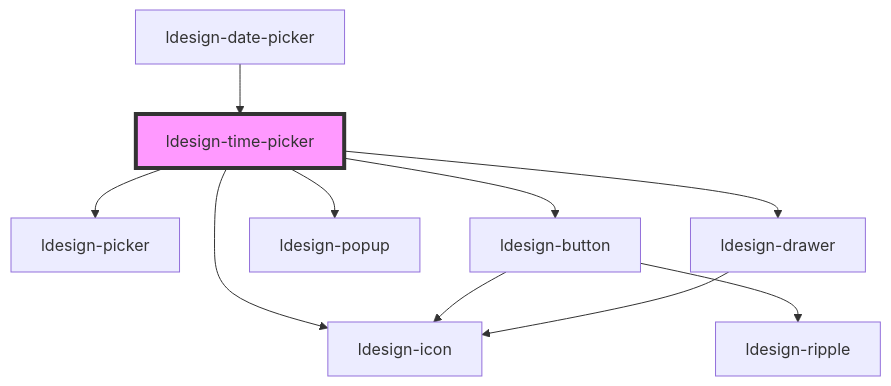
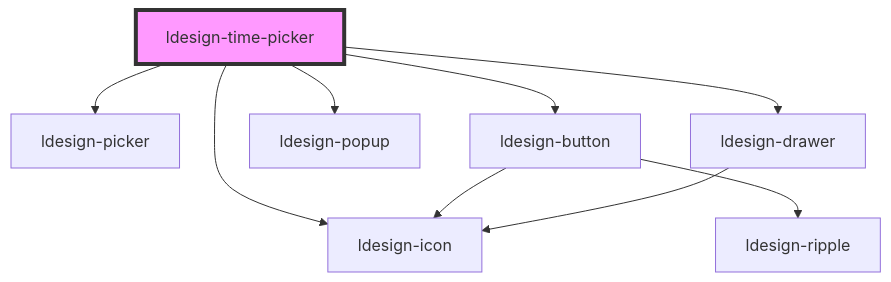
The diagram in packages/webcomponent/src/components/time-picker/readme.md (poly1603/ldesign), drawn with Mermaid before and after one commit. The commit also changed other lines of this file and 32 other files, not shown here.

````diff
--- a/packages/webcomponent/src/components/time-picker/readme.md
+++ b/packages/webcomponent/src/components/time-picker/readme.md
@@ -74,13 +73,12 @@
 ```mermaid
 graph TD;
   ldesign-time-picker --> ldesign-icon
   ldesign-time-picker --> ldesign-picker
   ldesign-time-picker --> ldesign-button
   ldesign-time-picker --> ldesign-popup
   ldesign-time-picker --> ldesign-drawer
   ldesign-button --> ldesign-icon
   ldesign-button --> ldesign-ripple
   ldesign-drawer --> ldesign-icon
-  ldesign-date-picker --> ldesign-time-picker
   style ldesign-time-picker fill:#f9f,stroke:#333,stroke-width:4px
 ```
````
